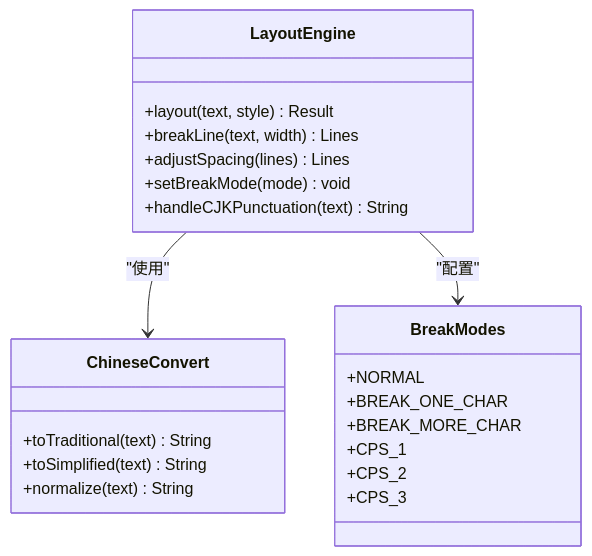
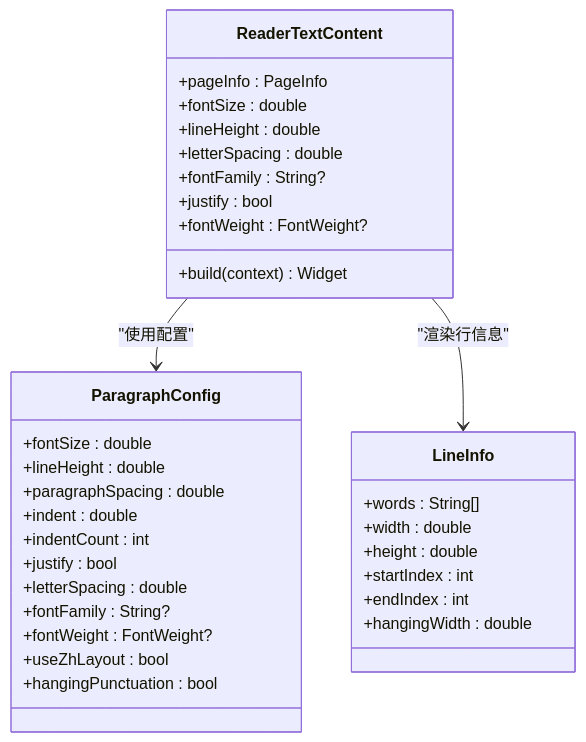
Before and after one commit to ZhangGHGitHub/LegadoTeamFlutter: the eighth of 11 diagrams in .qoder/repowiki/zh/content/Flutter跨平台应用/UI组件系统/中文排版引擎.md, drawn with Mermaid. The commit also changed other lines of this file and 173 other files, not shown here.

````diff
--- a/.qoder/repowiki/zh/content/Flutter跨平台应用/UI组件系统/中文排版引擎.md
+++ b/.qoder/repowiki/zh/content/Flutter跨平台应用/UI组件系统/中文排版引擎.md
@@ -194,25 +340,36 @@
 ```mermaid
 classDiagram
-class LayoutEngine {
-+layout(text, style) Result
-+breakLine(text, width) Lines
-+adjustSpacing(lines) Lines
-+setBreakMode(mode) void
-+handleCJKPunctuation(text) String
+class ReaderTextContent {
++pageInfo : PageInfo
++fontSize : double
++lineHeight : double
++letterSpacing : double
++fontFamily : String?
++justify : bool
++fontWeight : FontWeight?
++build(context) Widget
 }
-class ChineseConvert {
-+toTraditional(text) String
-+toSimplified(text) String
-+normalize(text) String
+class ParagraphConfig {
++fontSize : double
++lineHeight : double
++paragraphSpacing : double
++indent : double
++indentCount : int
++justify : bool
++letterSpacing : double
++fontFamily : String?
++fontWeight : FontWeight?
++useZhLayout : bool
++hangingPunctuation : bool
 }
-class BreakModes {
-+NORMAL
-+BREAK_ONE_CHAR
-+BREAK_MORE_CHAR
-+CPS_1
-+CPS_2
-+CPS_3
+class LineInfo {
++words : String[]
++width : double
++height : double
++startIndex : int
++endIndex : int
++hangingWidth : double
 }
-LayoutEngine --> ChineseConvert : "使用"
-LayoutEngine --> BreakModes : "配置"
+ReaderTextContent --> ParagraphConfig : "使用配置"
+ReaderTextContent --> LineInfo : "渲染行信息"
 ```
````
